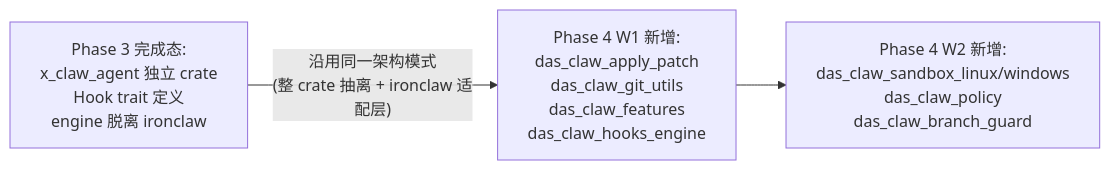
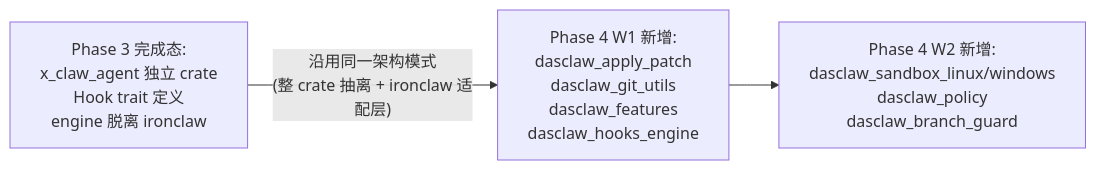
Before and after one commit to Linnanli/xClaw: the fourth of 4 diagrams in docs/plans/architecture-refactor/09-capability-inventory-and-migration-strategy.md, drawn with Mermaid. The commit also changed other lines of this file and 1 other file, not shown here.

First line of the commit message:
docs(phase4): rename das_claw_* → dasclaw_* + add §8 codex porting boundary + §9 claw-code positioning

````diff
--- a/docs/plans/architecture-refactor/09-capability-inventory-and-migration-strategy.md
+++ b/docs/plans/architecture-refactor/09-capability-inventory-and-migration-strategy.md
@@ -406,8 +406,8 @@
 ```mermaid
 flowchart LR
     P3["Phase 3 完成态:<br/>x_claw_agent 独立 crate<br/>Hook trait 定义<br/>engine 脱离 ironclaw"]
-    P4W1["Phase 4 W1 新增:<br/>das_claw_apply_patch<br/>das_claw_git_utils<br/>das_claw_features<br/>das_claw_hooks_engine"]
-    P4W2["Phase 4 W2 新增:<br/>das_claw_sandbox_linux/windows<br/>das_claw_policy<br/>das_claw_branch_guard"]
+    P4W1["Phase 4 W1 新增:<br/>dasclaw_apply_patch<br/>dasclaw_git_utils<br/>dasclaw_features<br/>dasclaw_hooks_engine"]
+    P4W2["Phase 4 W2 新增:<br/>dasclaw_sandbox_linux/windows<br/>dasclaw_policy<br/>dasclaw_branch_guard"]
     P3 -->|"沿用同一架构模式<br/>(整 crate 抽离 + ironclaw 适配层)"| P4W1
     P4W1 --> P4W2
 ```
````
